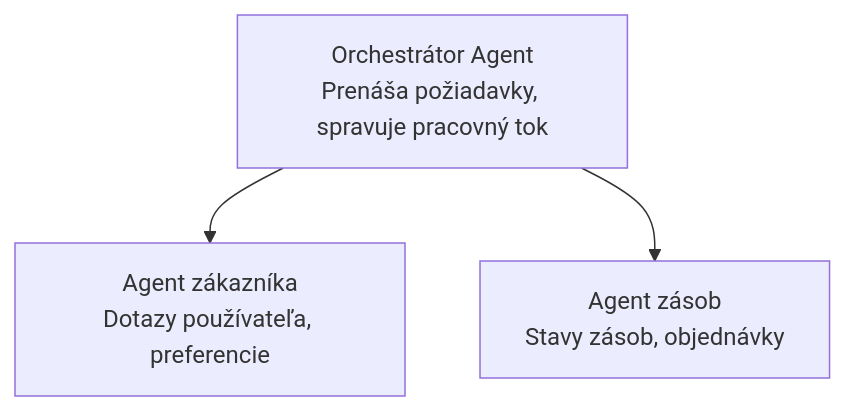
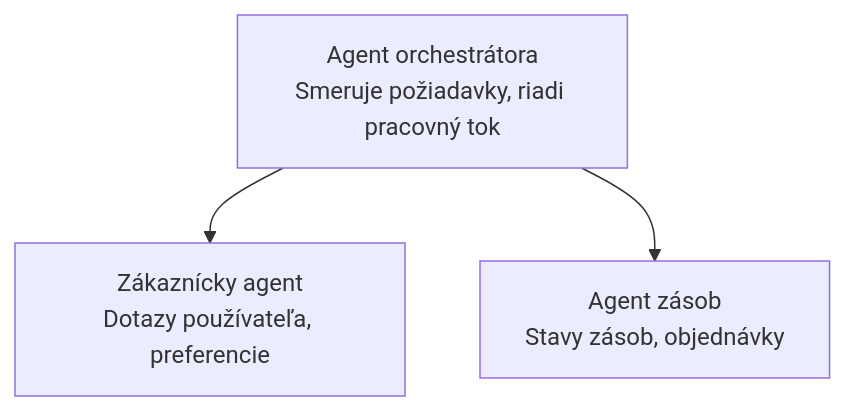
Before and after one commit to microsoft/AZD-for-beginners: the diagram in translations/sk/docs/chapter-05-multi-agent/README.md, drawn with Mermaid. The commit also changed other lines of this file and 104 other files, not shown here.

````diff
--- a/translations/sk/docs/chapter-05-multi-agent/README.md
+++ b/translations/sk/docs/chapter-05-multi-agent/README.md
@@ -52,5 +54,5 @@
 ```mermaid
 graph TD
-    Orchestrator[Orchestrátor Agent<br/>Prenáša požiadavky, spravuje pracovný tok] --> Customer[Agent zákazníka<br/>Dotazy používateľa, preferencie]
+    Orchestrator[Agent orchestrátora<br/>Smeruje požiadavky, riadi pracovný tok] --> Customer[Zákaznícky agent<br/>Dotazy používateľa, preferencie]
     Orchestrator --> Inventory[Agent zásob<br/>Stavy zásob, objednávky]
 ```
````
